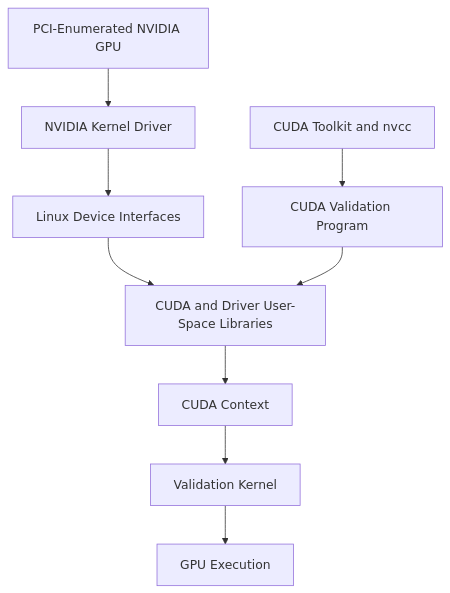
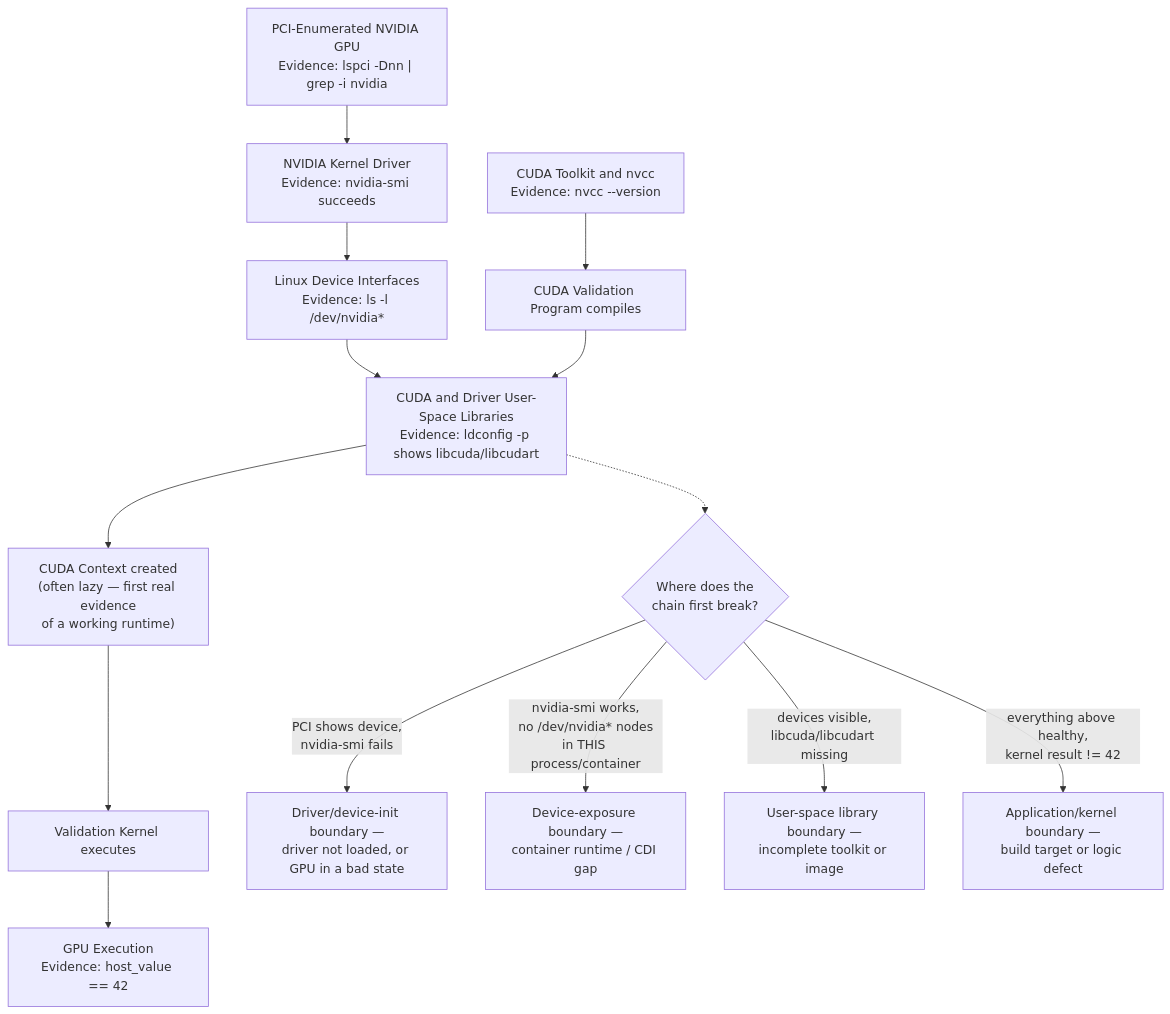
Before and after one commit to jithinpnjm/nvidia-devops: the diagram in docs/nvidia-zero-to-hero/volume-03/labs/lab-01-inspect-and-validate-a-cuda-environment.md, drawn with Mermaid. The commit also changed other lines of this file and 16 other files, not shown here.

First line of the commit message:
Depth rework: docs/nvidia-zero-to-hero/volume-03 (CUDA Fundamentals)

````diff
--- a/docs/nvidia-zero-to-hero/volume-03/labs/lab-01-inspect-and-validate-a-cuda-environment.md
+++ b/docs/nvidia-zero-to-hero/volume-03/labs/lab-01-inspect-and-validate-a-cuda-environment.md
@@ -56,16 +56,23 @@
 ```mermaid
 flowchart TD
-    PCI[PCI-Enumerated NVIDIA GPU]
-    Driver[NVIDIA Kernel Driver]
-    Devices[Linux Device Interfaces]
-    UserLibs[CUDA and Driver User-Space Libraries]
-    Toolkit[CUDA Toolkit and nvcc]
-    Program[CUDA Validation Program]
-    Context[CUDA Context]
-    Kernel[Validation Kernel]
-    GPU[GPU Execution]
+    PCI["PCI-Enumerated NVIDIA GPU\nEvidence: lspci -Dnn | grep -i nvidia"]
+    Driver["NVIDIA Kernel Driver\nEvidence: nvidia-smi succeeds"]
+    Devices["Linux Device Interfaces\nEvidence: ls -l /dev/nvidia*"]
+    UserLibs["CUDA and Driver User-Space Libraries\nEvidence: ldconfig -p shows libcuda/libcudart"]
+    Toolkit["CUDA Toolkit and nvcc\nEvidence: nvcc --version"]
+    Program["CUDA Validation Program compiles"]
+    Context["CUDA Context created\n(often lazy — first real evidence\nof a working runtime)"]
+    Kernel["Validation Kernel executes"]
+    GPU["GPU Execution\nEvidence: host_value == 42"]
 
     PCI --> Driver --> Devices --> UserLibs
     Toolkit --> Program
     Program --> UserLibs --> Context --> Kernel --> GPU
+
+    Break{"Where does the\nchain first break?"}
+    UserLibs -.-> Break
+    Break -->|"PCI shows device,\nnvidia-smi fails"| F1["Driver/device-init boundary —\ndriver not loaded, or GPU in a bad state"]
+    Break -->|"nvidia-smi works,\nno /dev/nvidia* nodes\nin THIS process/container"| F2["Device-exposure boundary —\ncontainer runtime / CDI gap"]
+    Break -->|"devices visible,\nlibcuda/libcudart missing"| F3["User-space library boundary —\nincomplete toolkit or image"]
+    Break -->|"everything above healthy,\nkernel result != 42"| F4["Application/kernel boundary —\nbuild target or logic defect"]
 ```
````
